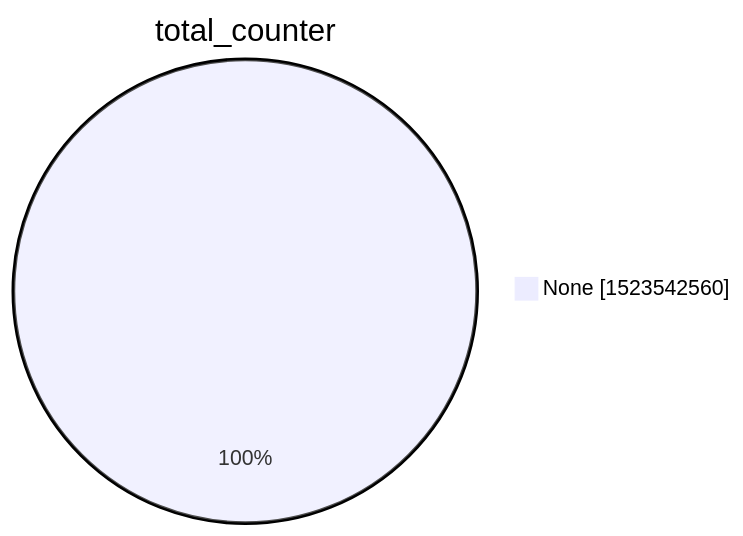
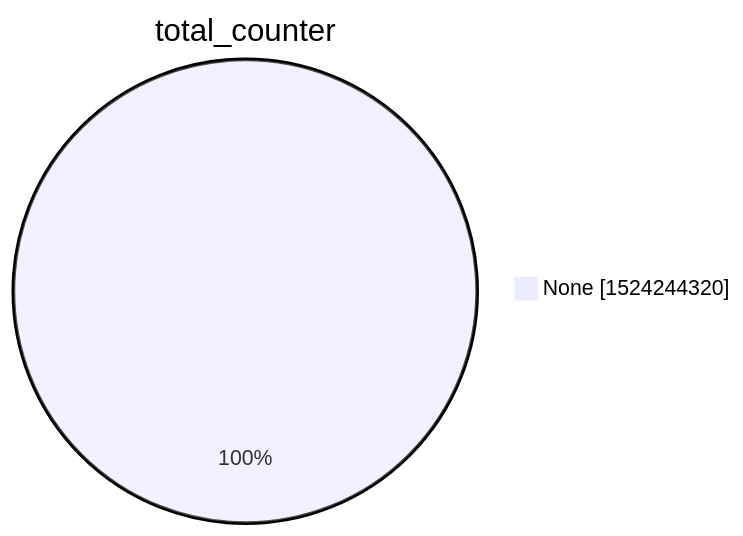
One commit to christiankrug/ctmonitor_visualization changed the second of 15 diagrams in xenon2022/README.md. Above: the diagram before and after it, drawn with Mermaid. The commit also changed other lines of this file, not shown here.

````diff
--- a/xenon2022/README.md
+++ b/xenon2022/README.md
@@ -9,5 +9,5 @@
 ```mermaid
 pie showData
 title total_counter
-"None" :1523542560
+"None" :1524244320
 ```
````
